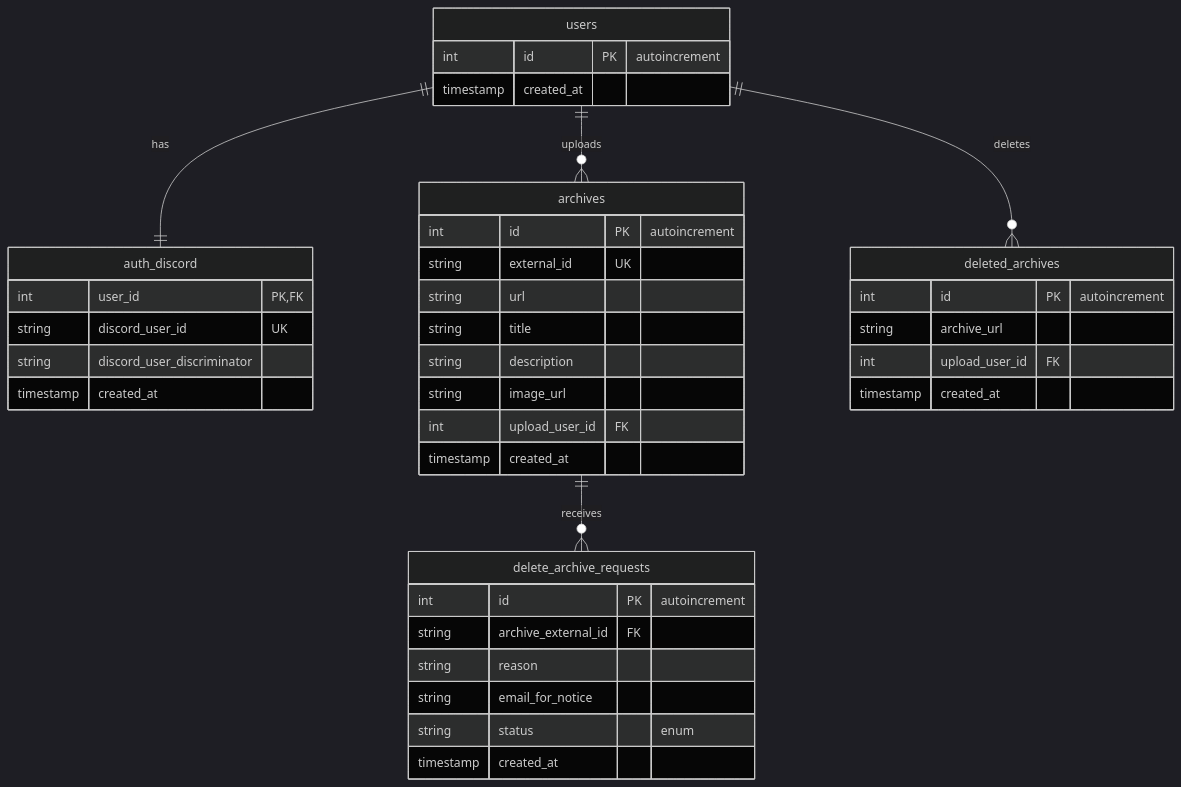
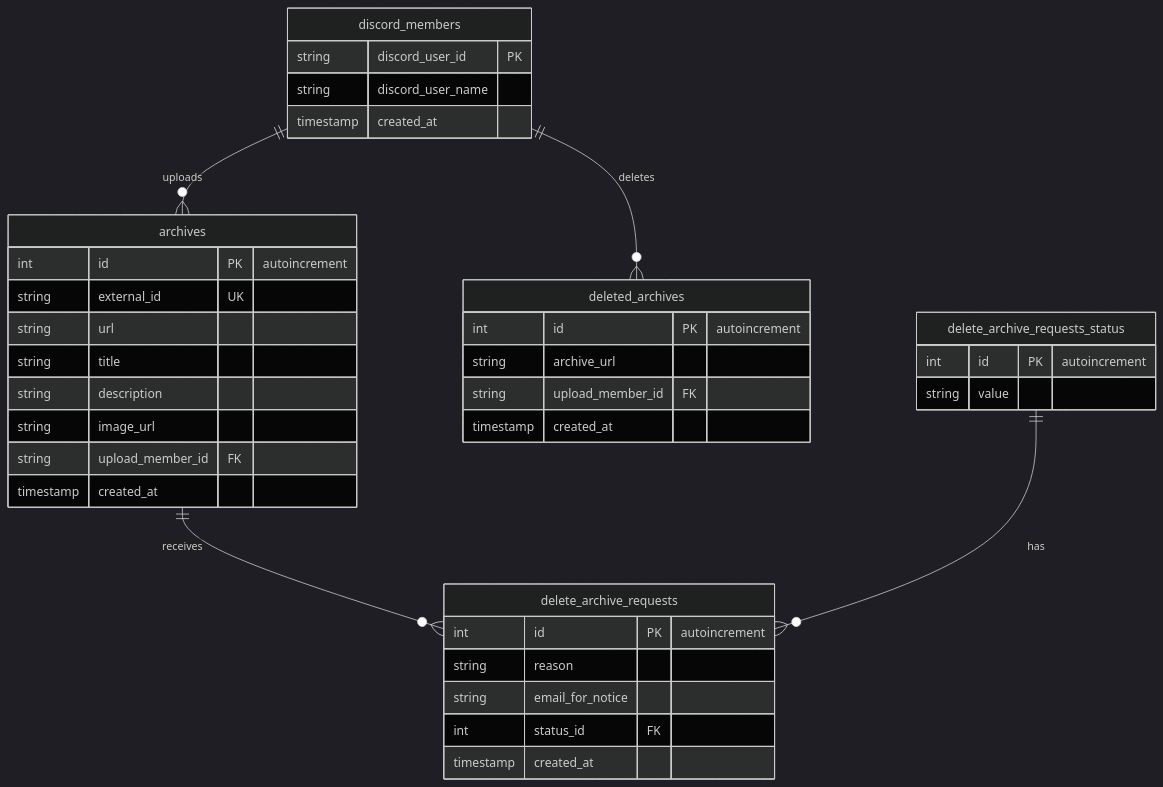
The diagram in packages/front/app/db/docs/data.md (tooppoo/armoredcore-extreme-mercenaries), drawn with Mermaid (dark theme) before and after one commit. The commit also changed 1 other file, not shown here.

Commit message:
スキーマ更新

````diff
--- a/packages/front/app/db/docs/data.md
+++ b/packages/front/app/db/docs/data.md
@@ -5,46 +5,44 @@
 ```mermaid
 erDiagram
-    users ||--|| auth_discord : "has"
-    users ||--o{ archives : "uploads"
-    users ||--o{ deleted_archives : "deletes"
+    discord_members ||--o{ archives : "uploads"
+    discord_members ||--o{ deleted_archives : "deletes"
     archives ||--o{ delete_archive_requests : "receives"
+    delete_archive_requests_status ||--o{ delete_archive_requests : "has"
 
-    users {
-        int id PK "autoincrement"
-        timestamp created_at
-    }
-
-    auth_discord {
-        int user_id PK, FK
-        string discord_user_id UK
-        string discord_user_discriminator
+    discord_members {
+        string discord_user_id PK
+        string discord_user_name
         timestamp created_at
     }
 
     archives {
         int id PK "autoincrement"
         string external_id UK
         string url
         string title
         string description
         string image_url
-        int upload_user_id FK
+        string upload_member_id FK
         timestamp created_at
     }
 
     delete_archive_requests {
         int id PK "autoincrement"
-        string archive_external_id FK
         string reason
         string email_for_notice
-        string status "enum"
+        int status_id FK
         timestamp created_at
+    }
+
+    delete_archive_requests_status {
+        int id PK "autoincrement"
+        string value
     }
 
     deleted_archives {
         int id PK "autoincrement"
         string archive_url
-        int upload_user_id FK
+        string upload_member_id FK
         timestamp created_at
     }
 ```
````
